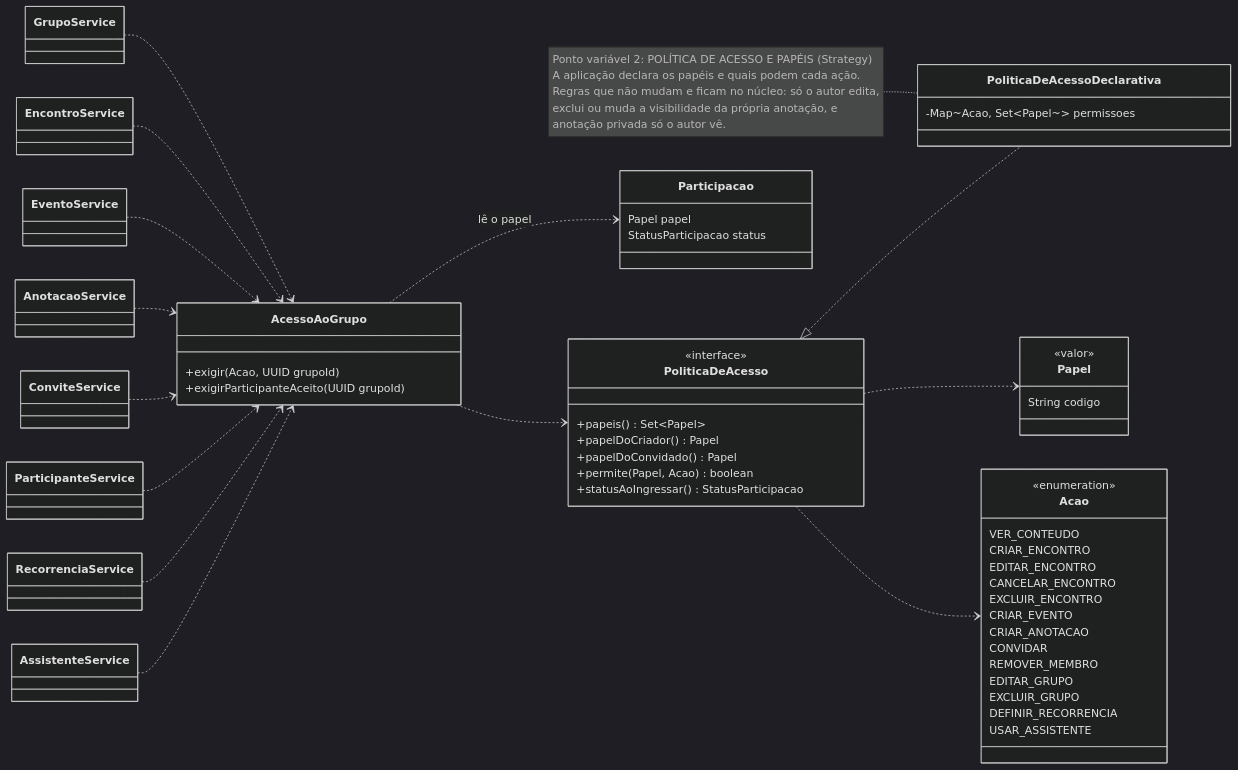
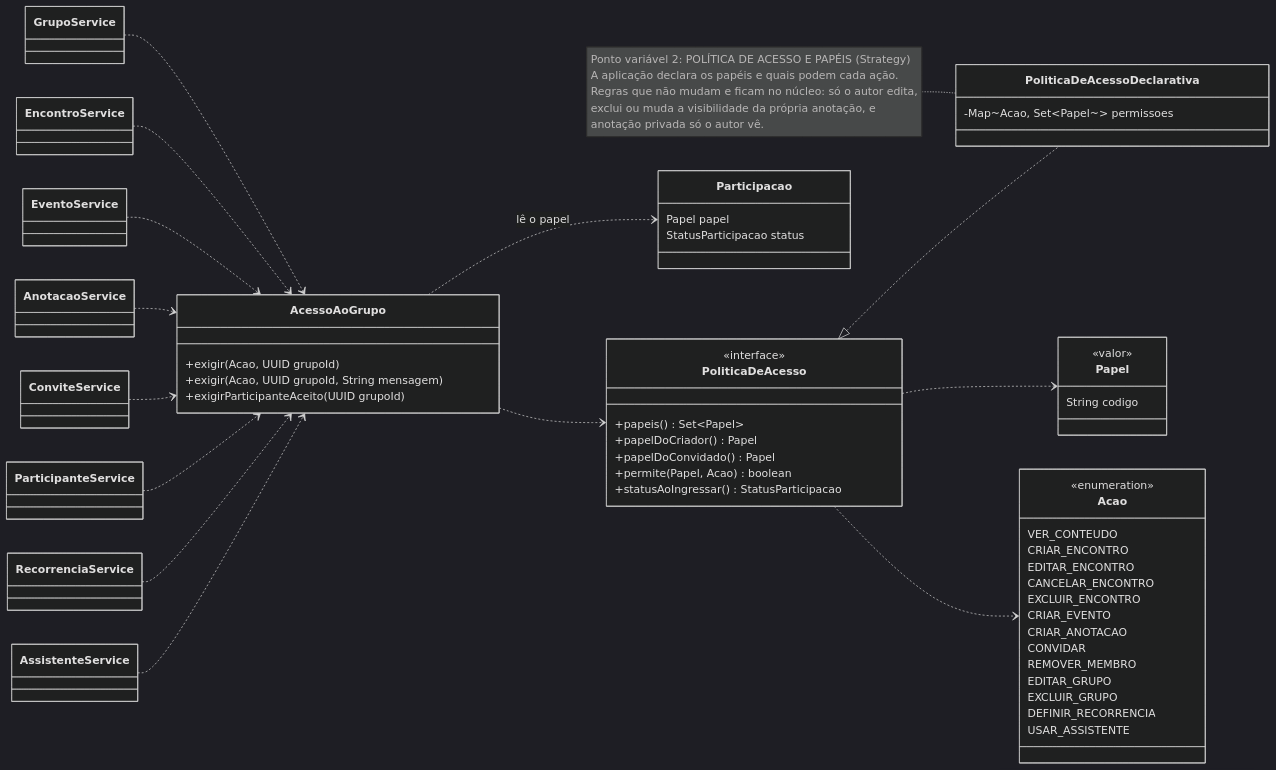
One commit to Jamykson/AllGenda changed the fifth of 7 diagrams in docs/framework/diagrama-de-classes.md. Above: the diagram before and after it, drawn with Mermaid (dark theme). The commit also changed other lines of this file and 7 other files, not shown here.

````diff
--- a/docs/framework/diagrama-de-classes.md
+++ b/docs/framework/diagrama-de-classes.md
@@ -372,68 +384,69 @@
 ```mermaid
 classDiagram
 direction LR
 
 class Acao {
   <<enumeration>>
   VER_CONTEUDO
   CRIAR_ENCONTRO
   EDITAR_ENCONTRO
   CANCELAR_ENCONTRO
   EXCLUIR_ENCONTRO
   CRIAR_EVENTO
   CRIAR_ANOTACAO
   CONVIDAR
   REMOVER_MEMBRO
   EDITAR_GRUPO
   EXCLUIR_GRUPO
   DEFINIR_RECORRENCIA
   USAR_ASSISTENTE
 }
 class Papel {
   <<valor>>
   String codigo
 }
 class PoliticaDeAcesso {
   <<interface>>
   +papeis() Set~Papel~
   +papelDoCriador() Papel
   +papelDoConvidado() Papel
   +permite(Papel, Acao) boolean
   +statusAoIngressar() StatusParticipacao
 }
 class PoliticaDeAcessoDeclarativa {
   -Map~Acao, Set~Papel~~ permissoes
 }
 class AcessoAoGrupo {
   +exigir(Acao, UUID grupoId)
+  +exigir(Acao, UUID grupoId, String mensagem)
   +exigirParticipanteAceito(UUID grupoId)
 }
 class Participacao {
   Papel papel
   StatusParticipacao status
 }
 class GrupoService
 class EncontroService
 class EventoService
 class AnotacaoService
 class ConviteService
 class ParticipanteService
 class RecorrenciaService
 class AssistenteService
 
 PoliticaDeAcesso <|.. PoliticaDeAcessoDeclarativa
 PoliticaDeAcesso ..> Papel
 PoliticaDeAcesso ..> Acao
 AcessoAoGrupo ..> PoliticaDeAcesso
 AcessoAoGrupo ..> Participacao : lê o papel
 GrupoService ..> AcessoAoGrupo
 EncontroService ..> AcessoAoGrupo
 EventoService ..> AcessoAoGrupo
 AnotacaoService ..> AcessoAoGrupo
 ConviteService ..> AcessoAoGrupo
 ParticipanteService ..> AcessoAoGrupo
 RecorrenciaService ..> AcessoAoGrupo
 AssistenteService ..> AcessoAoGrupo
 
 note for PoliticaDeAcessoDeclarativa "Ponto variável 2: POLÍTICA DE ACESSO E PAPÉIS (Strategy)<br/>A aplicação declara os papéis e quais podem cada ação.<br/>Regras que não mudam e ficam no núcleo: só o autor edita,<br/>exclui ou muda a visibilidade da própria anotação, e<br/>anotação privada só o autor vê."
 ```
````
